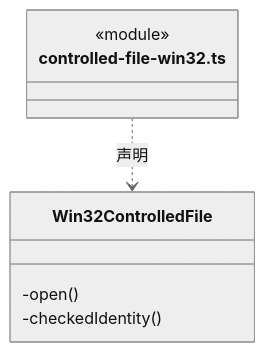
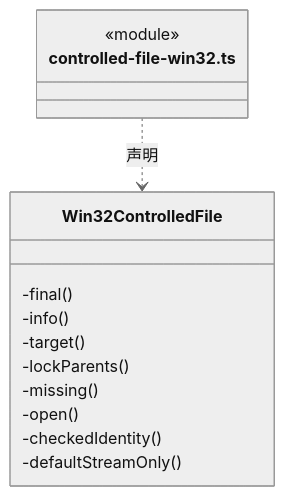
One commit to nan023062/cbim changed diagram 11 of 20 in src/backend/main/platform/ARCHITECTURE.md. Above: the diagram before and after it, drawn with Mermaid (neutral theme). The commit also changed other lines of this file and 62 other files, not shown here.

````diff
--- a/src/backend/main/platform/ARCHITECTURE.md
+++ b/src/backend/main/platform/ARCHITECTURE.md
@@ -257,11 +282,17 @@
 ```mermaid
 classDiagram
 class N_src_backend_main_platform_controlled_file_win32_ts["controlled-file-win32.ts"] {
   <<module>>
 }
 class N_src_backend_main_platform_controlled_file_win32_ts_Win32ControlledFile["Win32ControlledFile"] {
+  -final()
+  -info()
+  -target()
+  -lockParents()
+  -missing()
   -open()
   -checkedIdentity()
+  -defaultStreamOnly()
 }
 N_src_backend_main_platform_controlled_file_win32_ts ..> N_src_backend_main_platform_controlled_file_win32_ts_Win32ControlledFile : 声明
 ```
````
